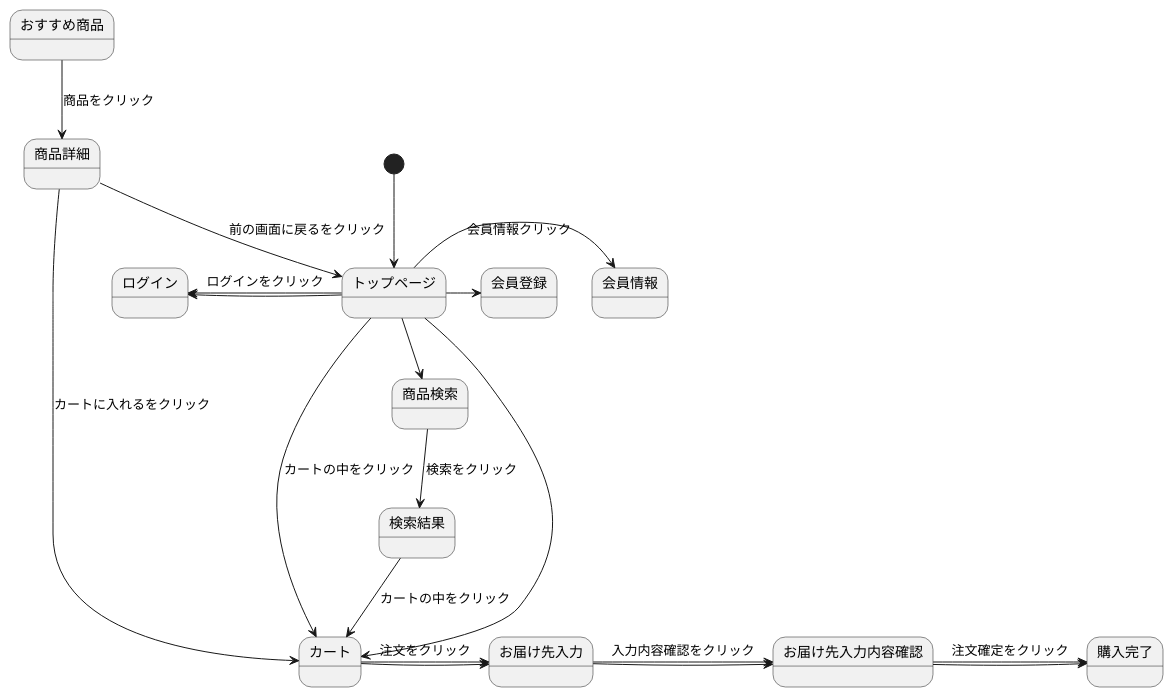
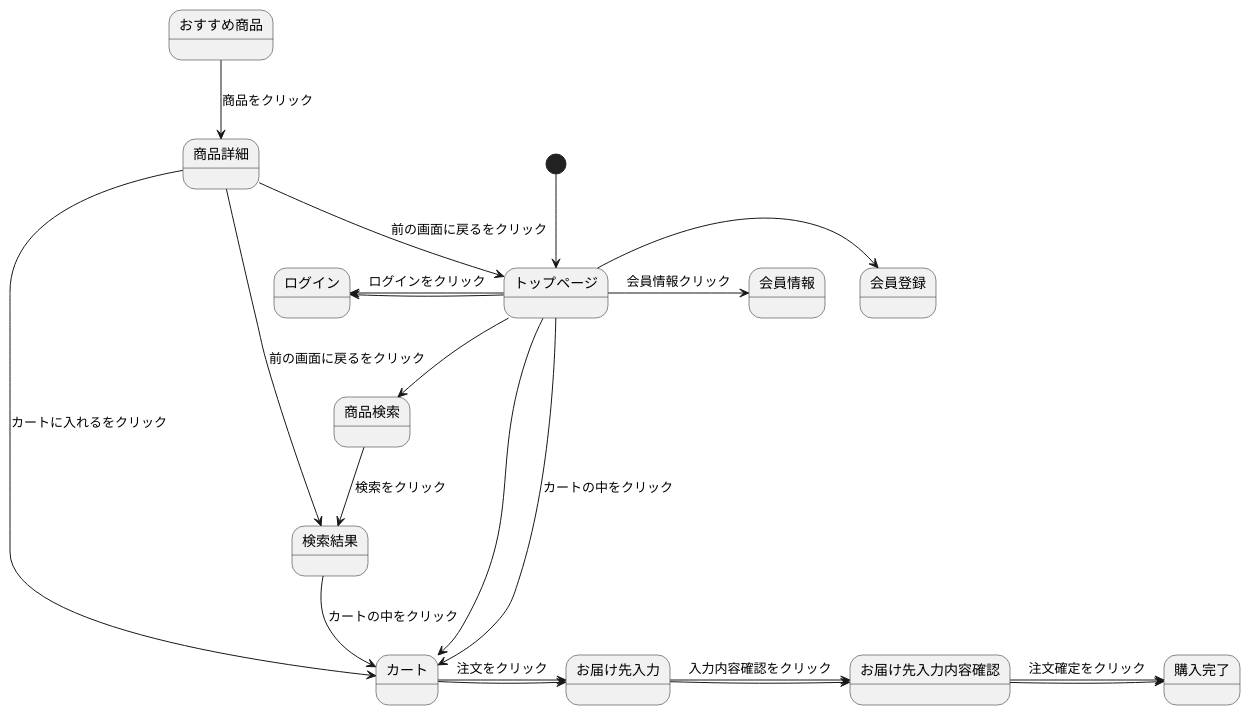
The diagram in myhp.md (Aso2001163/2021sys-design), drawn with PlantUML before and after one commit.

````diff
--- a/myhp.md
+++ b/myhp.md
@@ -1,23 +1,24 @@
 ```uml
 @startuml
 [*] --> トップページ
 トップページ -> 会員登録
 トップページ -left-> ログイン
 トップページ --> カート
 トップページ -->商品検索
 商品検索-->検索結果 :検索をクリック
 検索結果-->カート :カートの中をクリック
 カート -> お届け先入力
 お届け先入力 -> お届け先入力内容確認
 お届け先入力内容確認 -> 購入完了
 トップページ -> 会員情報 : 会員情報クリック
 トップページ -left-> ログイン : ログインをクリック
 おすすめ商品 --> 商品詳細 : 商品をクリック
 トップページ --> カート : カートの中をクリック
 商品詳細 --> カート : カートに入れるをクリック
 商品詳細 --> トップページ : 前の画面に戻るをクリック
+商品詳細-->検索結果 : 前の画面に戻るをクリック
 カート -> お届け先入力 : 注文をクリック
 お届け先入力 -> お届け先入力内容確認 : 入力内容確認をクリック
 お届け先入力内容確認 -> 購入完了 : 注文確定をクリック
 @enduml
 ```
````
